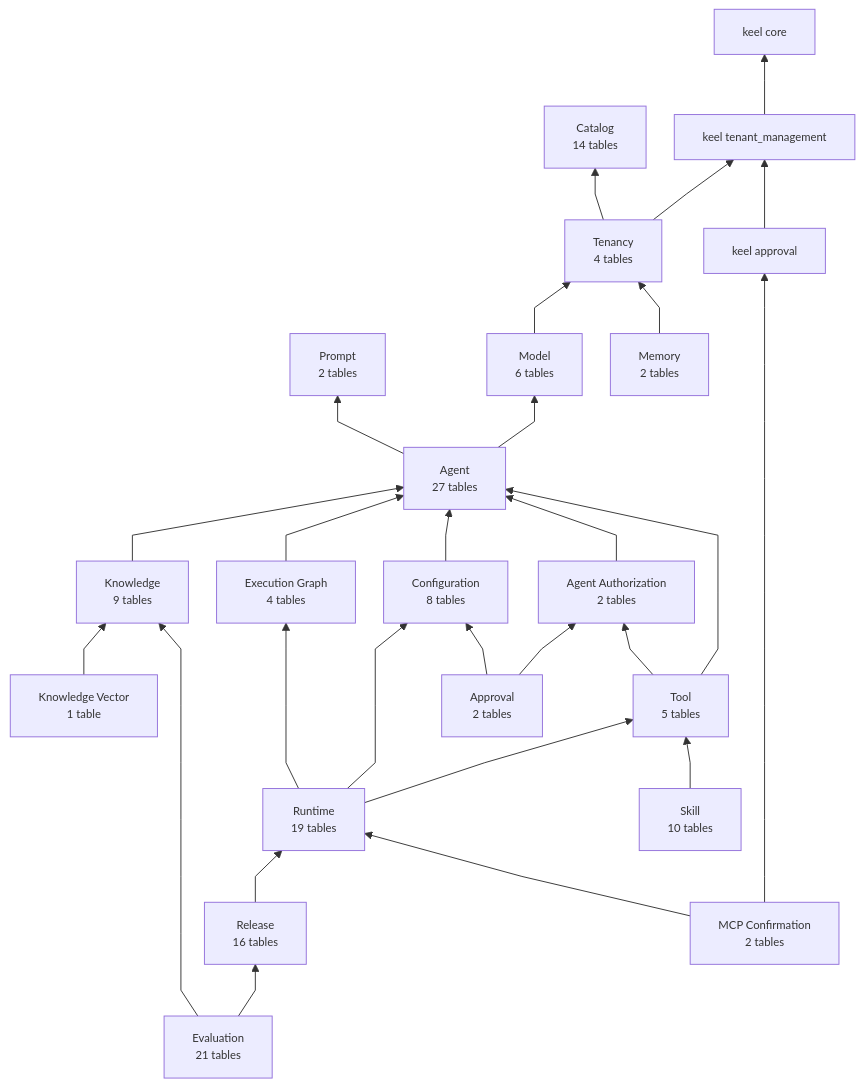
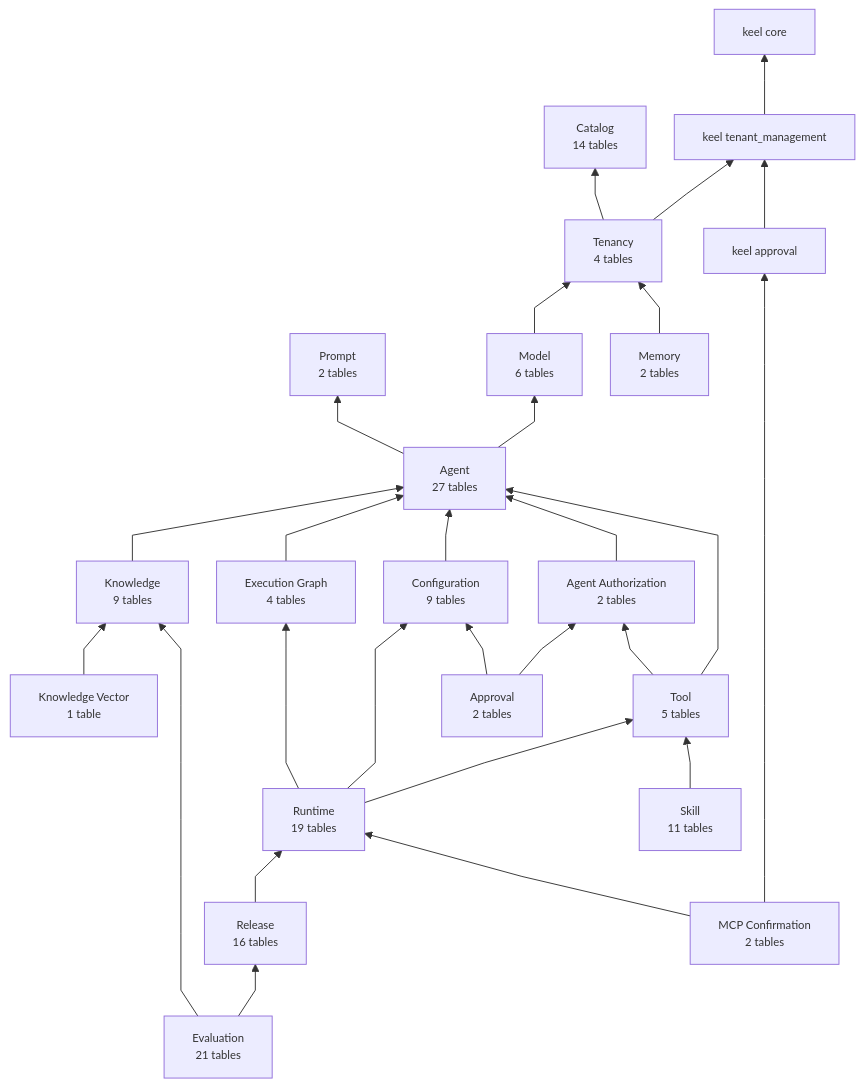
One commit to nauticana/scout changed the first of 24 diagrams in doc/database.md. Above: the diagram before and after it, drawn with Mermaid. The commit also changed other lines of this file and 84 other files, not shown here.

````diff
--- a/doc/database.md
+++ b/doc/database.md
@@ -21,57 +21,57 @@
 ```mermaid
 %%{init: {"flowchart": {"curve": "linear", "nodeSpacing": 30, "rankSpacing": 55, "diagramPadding": 12}, "themeVariables": {"fontSize": "12px"}}}%%
 flowchart BT
 
     agent --> prompt
     tenancy --> catalog
     tenant_management --> core
 
     tenancy --> tenant_management
     keel_approval --> tenant_management
 
     model --> tenancy
     memory --> tenancy
 
     agent --> model
     knowledge --> agent
     execution_graph_module --> agent
     configuration_module --> agent
     agent_authorization_module --> agent
     approval --> agent_authorization_module
     tool --> agent_authorization_module
     tool --> agent
 
     runtime --> tool
     runtime --> configuration_module
     runtime --> execution_graph_module
     knowledge_vector --> knowledge
     approval --> configuration_module
     skill --> tool
     release --> runtime
     mcp_confirmation --> runtime
     mcp_confirmation --> keel_approval
     evaluation --> knowledge
     evaluation --> release
 
     core["keel core"]
     tenant_management["keel tenant_management"]
     keel_approval["keel approval"]
     catalog["Catalog<br/>14 tables"]
     tenancy["Tenancy<br/>4 tables"]
     prompt["Prompt<br/>2 tables"]
     model["Model<br/>6 tables"]
     agent["Agent<br/>27 tables"]
     tool["Tool<br/>5 tables"]
     execution_graph_module["Execution Graph<br/>4 tables"]
     knowledge["Knowledge<br/>9 tables"]
     knowledge_vector["Knowledge Vector<br/>1 table"]
     runtime["Runtime<br/>19 tables"]
     release["Release<br/>16 tables"]
     evaluation["Evaluation<br/>21 tables"]
     agent_authorization_module["Agent Authorization<br/>2 tables"]
-    configuration_module["Configuration<br/>8 tables"]
+    configuration_module["Configuration<br/>9 tables"]
     approval["Approval<br/>2 tables"]
-    skill["Skill<br/>10 tables"]
+    skill["Skill<br/>11 tables"]
     memory["Memory<br/>2 tables"]
     mcp_confirmation["MCP Confirmation<br/>2 tables"]
 ```
````
